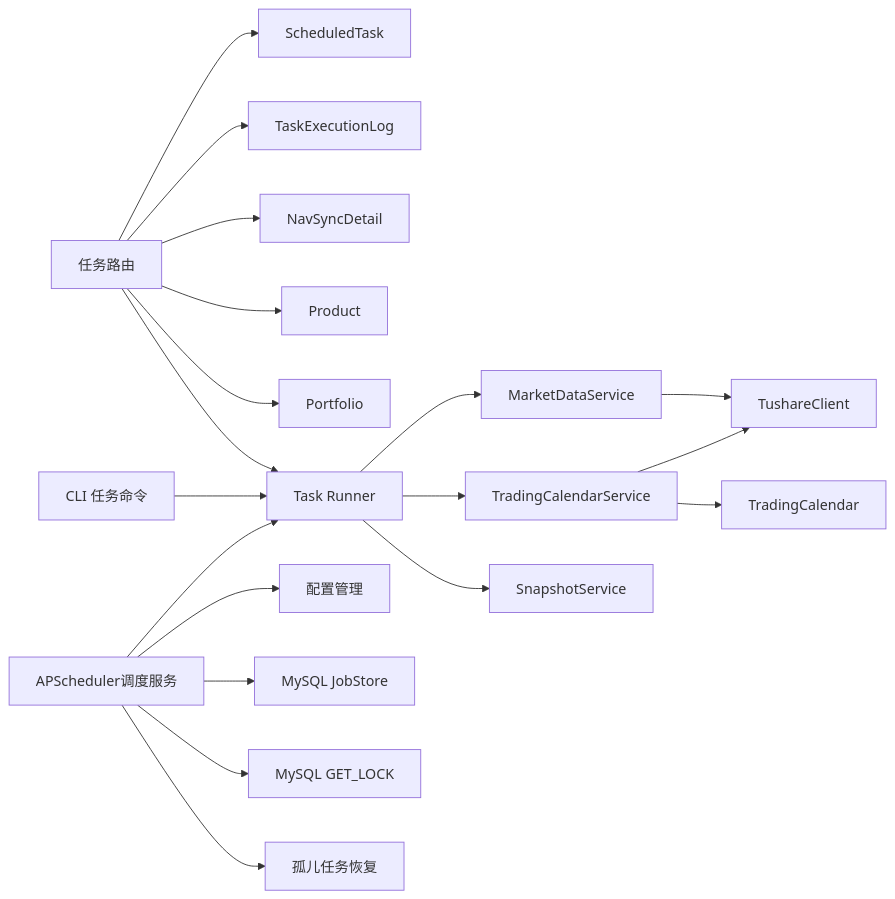
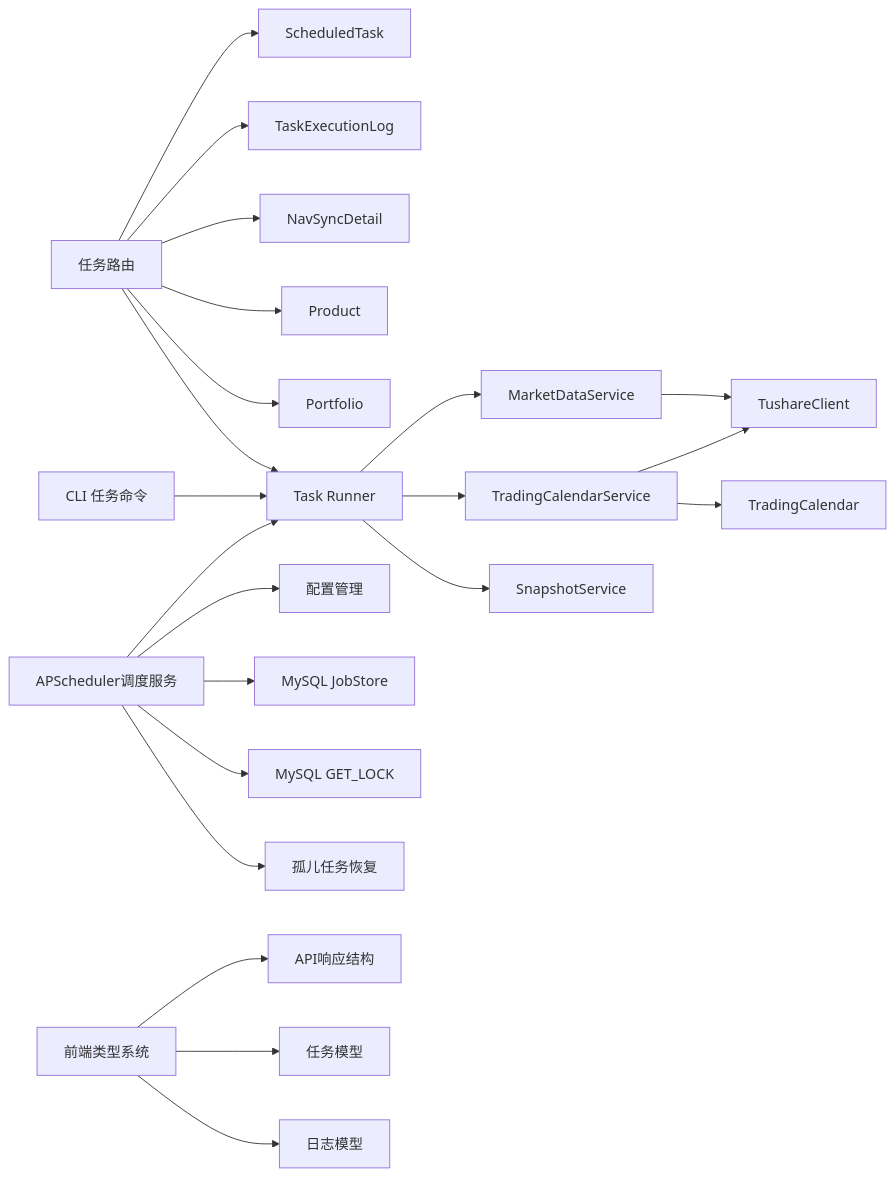
Diagram 17 of 17 in .qoder/repowiki/zh/content/任务调度系统/任务调度系统.md (gujialind/InvestRing), drawn with Mermaid before and after one commit. The commit also changed other lines of this file and 32 other files, not shown here.

````diff
--- a/.qoder/repowiki/zh/content/任务调度系统/任务调度系统.md
+++ b/.qoder/repowiki/zh/content/任务调度系统/任务调度系统.md
@@ -644,21 +688,24 @@
 ```mermaid
 graph LR
 TasksRouter["任务路由"] --> ModelTask["ScheduledTask"]
 TasksRouter --> ModelLog["TaskExecutionLog"]
 TasksRouter --> ModelDetail["NavSyncDetail"]
 TasksRouter --> ModelProduct["Product"]
 TasksRouter --> ModelPortfolio["Portfolio"]
 TasksRouter --> TaskRunner["Task Runner"]
 CLITasks["CLI 任务命令"] --> TaskRunner
 SchedulerService["APScheduler调度服务"] --> Config["配置管理"]
 SchedulerService --> JobStore["MySQL JobStore"]
 SchedulerService --> LockMechanism["MySQL GET_LOCK"]
 SchedulerService --> OrphanRecovery["孤儿任务恢复"]
 SchedulerService --> TaskRunner
 TaskRunner --> MarketSvc["MarketDataService"]
 TaskRunner --> CalendarSvc["TradingCalendarService"]
 TaskRunner --> SnapshotSvc["SnapshotService"]
 MarketSvc --> Tushare["TushareClient"]
 CalendarSvc --> Tushare
 CalendarSvc --> ModelCalendar["TradingCalendar"]
+FrontendTypes["前端类型系统"] --> APIResponse["API响应结构"]
+FrontendTypes --> TaskModel["任务模型"]
+FrontendTypes --> LogModel["日志模型"]
 ```
````
